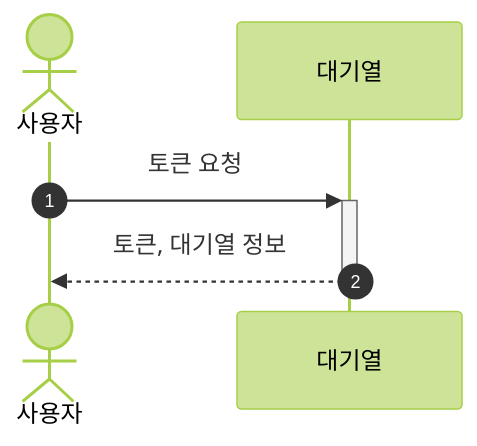
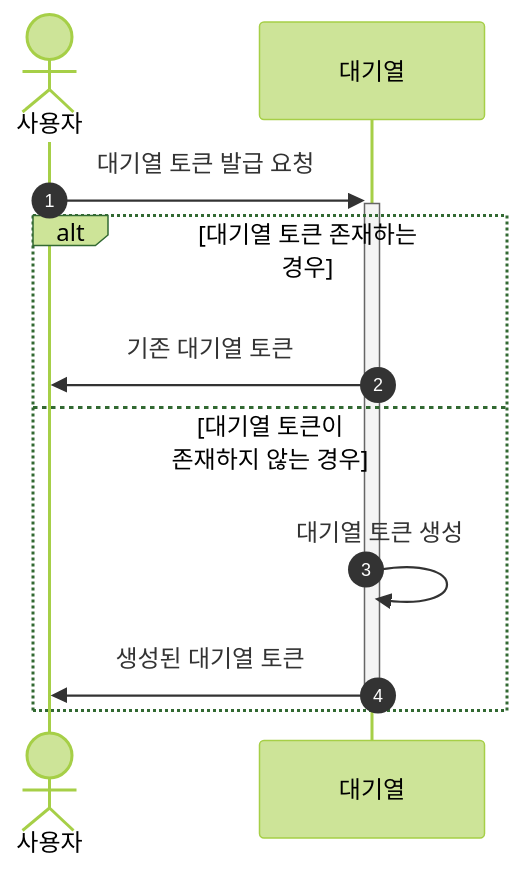
Before and after one commit to kmson-92/hhplus-concert-booking: the first of 5 diagrams in README.md, drawn with Mermaid (forest theme). The commit also changed other lines of this file, not shown here.

Commit message:
시퀀스 다이어그램의 대기열 부분 수정

````diff
--- a/README.md
+++ b/README.md
@@ -66,7 +66,12 @@
 ```mermaid
 sequenceDiagram
     autonumber
     actor 사용자
-    사용자 ->>+ 대기열: 토큰 요청
-    대기열 -->>- 사용자: 토큰, 대기열 정보
+    사용자 ->>+ 대기열: 대기열 토큰 발급 요청
+    alt 대기열 토큰 존재하는 경우
+        대기열 ->> 사용자: 기존 대기열 토큰
+    else 대기열 토큰이 존재하지 않는 경우
+        대기열 ->> 대기열: 대기열 토큰 생성
+        대기열 ->>- 사용자: 생성된 대기열 토큰
+    end
 ```
````
